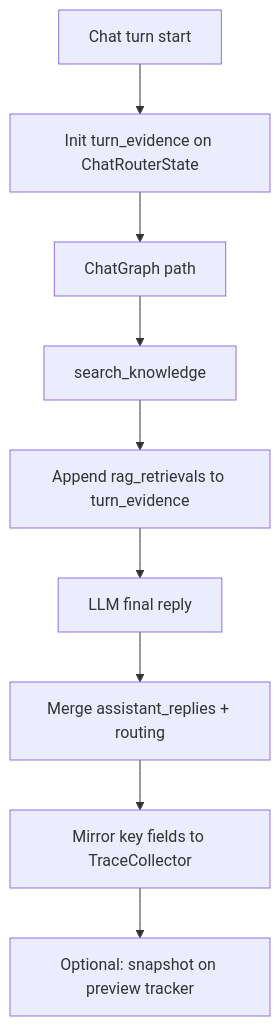
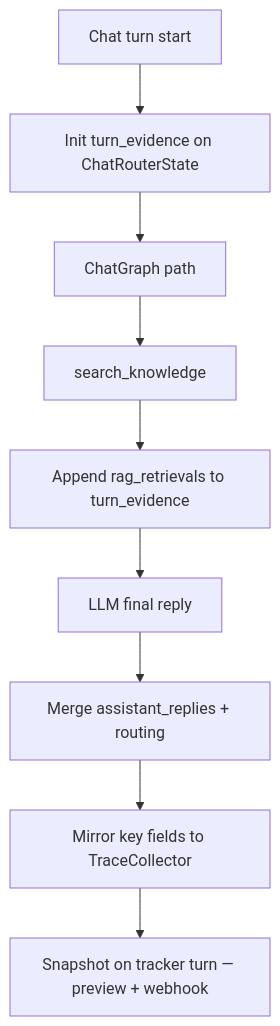
Before and after one commit to shehan-jayasinghe/bot-builder: the diagram in backend/document/evaluation/01-turn-evidence-runtime.md, drawn with Mermaid. The commit also changed other lines of this file and 66 other files, not shown here.

````diff
--- a/backend/document/evaluation/01-turn-evidence-runtime.md
+++ b/backend/document/evaluation/01-turn-evidence-runtime.md
@@ -79,12 +82,12 @@
 ```mermaid
 flowchart TB
     START[Chat turn start]
     START --> INIT[Init turn_evidence on ChatRouterState]
     INIT --> GRAPH[ChatGraph path]
     GRAPH --> SK[search_knowledge]
     SK --> APPEND[Append rag_retrievals to turn_evidence]
     APPEND --> REPLY[LLM final reply]
     REPLY --> MERGE[Merge assistant_replies + routing]
     MERGE --> TRACE[Mirror key fields to TraceCollector]
-    TRACE --> PERSIST[Optional: snapshot on preview tracker]
+    TRACE --> PERSIST[Snapshot on tracker turn — preview + webhook]
 ```
````
